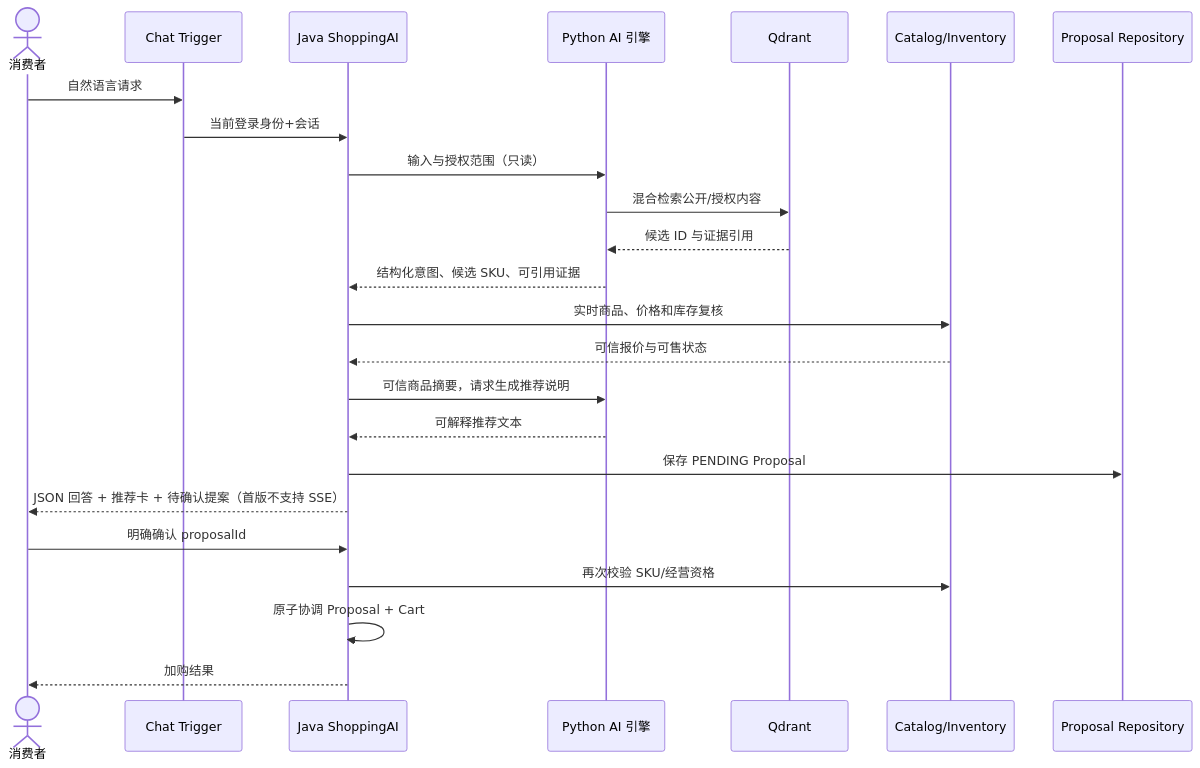
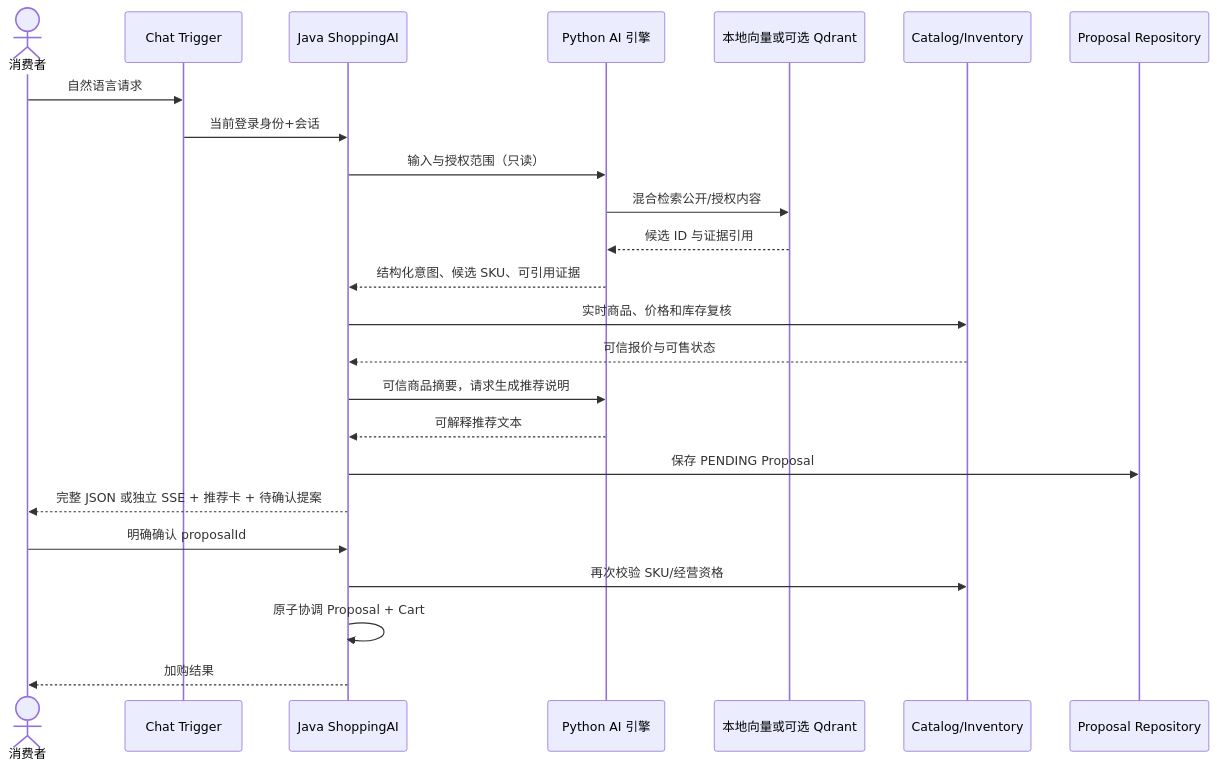
Before and after one commit to ProfessorZJH/campus-shopping: the second of 2 diagrams in docs/domains/shoppingai.md, drawn with Mermaid. The commit also changed other lines of this file and 163 other files, not shown here.

````diff
--- a/docs/domains/shoppingai.md
+++ b/docs/domains/shoppingai.md
@@ -52,26 +51,26 @@
 ```mermaid
 sequenceDiagram
   actor U as 消费者
   participant T as Chat Trigger
   participant J as Java ShoppingAI
   participant P as Python AI 引擎
-  participant Q as Qdrant
+  participant Q as 本地向量或可选 Qdrant
   participant C as Catalog/Inventory
   participant R as Proposal Repository
   U->>T: 自然语言请求
   T->>J: 当前登录身份+会话
   J->>P: 输入与授权范围（只读）
   P->>Q: 混合检索公开/授权内容
   Q-->>P: 候选 ID 与证据引用
   P-->>J: 结构化意图、候选 SKU、可引用证据
   J->>C: 实时商品、价格和库存复核
   C-->>J: 可信报价与可售状态
   J->>P: 可信商品摘要，请求生成推荐说明
   P-->>J: 可解释推荐文本
   J->>R: 保存 PENDING Proposal
-  J-->>U: JSON 回答 + 推荐卡 + 待确认提案（首版不支持 SSE）
+  J-->>U: 完整 JSON 或独立 SSE + 推荐卡 + 待确认提案
   U->>J: 明确确认 proposalId
   J->>C: 再次校验 SKU/经营资格
   J->>J: 原子协调 Proposal + Cart
   J-->>U: 加购结果
 ```
````
